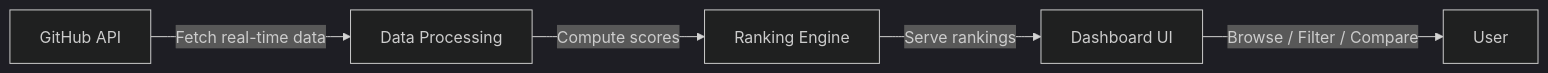
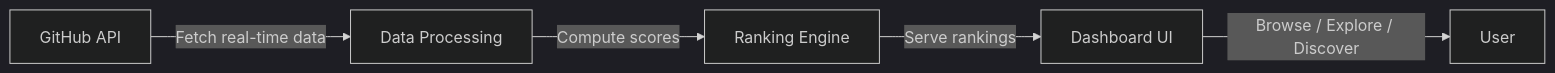
The diagram in spec/product-spec.md (st-longngo/github-ranking), drawn with Mermaid (dark theme) before and after one commit. The commit also changed other lines of this file and 47 other files, not shown here.

````diff
--- a/spec/product-spec.md
+++ b/spec/product-spec.md
@@ -22,7 +22,7 @@
 ```mermaid
 flowchart LR
     A[GitHub API] -->|Fetch real-time data| B[Data Processing]
     B -->|Compute scores| C[Ranking Engine]
     C -->|Serve rankings| D[Dashboard UI]
-    D -->|Browse / Filter / Compare| E[User]
+    D -->|Browse / Explore / Discover| E[User]
 ```
````
